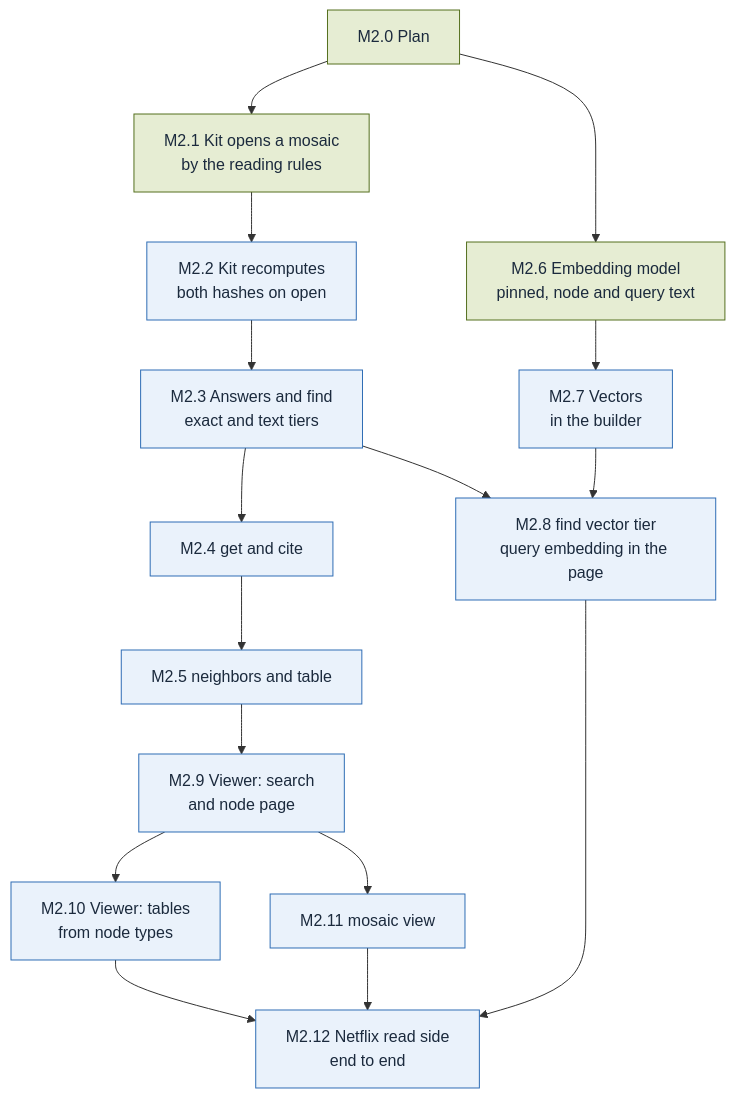
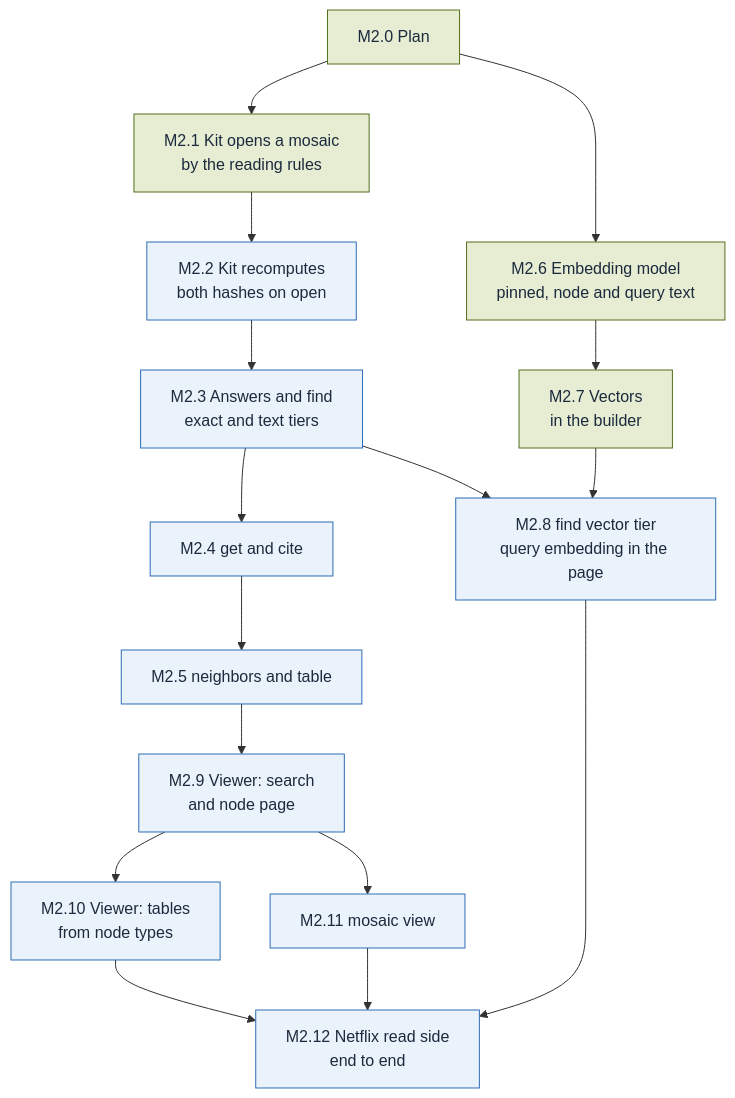
One commit to alcjor/Mosaic changed the diagram in plan/M2.md. Above: the diagram before and after it, drawn with Mermaid. The commit also changed other lines of this file and 18 other files, not shown here.

````diff
--- a/plan/M2.md
+++ b/plan/M2.md
@@ -3,36 +3,36 @@
 ```mermaid
 flowchart TD
   M2_0["M2.0 Plan"]
   M2_1["M2.1 Kit opens a mosaic<br/>by the reading rules"]
   M2_2["M2.2 Kit recomputes<br/>both hashes on open"]
   M2_3["M2.3 Answers and find<br/>exact and text tiers"]
   M2_4["M2.4 get and cite"]
   M2_5["M2.5 neighbors and table"]
   M2_6["M2.6 Embedding model<br/>pinned, node and query text"]
   M2_7["M2.7 Vectors<br/>in the builder"]
   M2_8["M2.8 find vector tier<br/>query embedding in the page"]
   M2_9["M2.9 Viewer: search<br/>and node page"]
   M2_10["M2.10 Viewer: tables<br/>from node types"]
   M2_11["M2.11 mosaic view"]
   M2_12["M2.12 Netflix read side<br/>end to end"]
   M2_0 --> M2_1
   M2_1 --> M2_2
   M2_2 --> M2_3
   M2_3 --> M2_4
   M2_4 --> M2_5
   M2_0 --> M2_6
   M2_6 --> M2_7
   M2_3 --> M2_8
   M2_7 --> M2_8
   M2_5 --> M2_9
   M2_9 --> M2_10
   M2_9 --> M2_11
   M2_8 --> M2_12
   M2_10 --> M2_12
   M2_11 --> M2_12
   classDef done fill:#E6EDD3,stroke:#55701F,color:#1B2A3D
   classDef todo fill:#EAF2FB,stroke:#2F6DB5,color:#1B2A3D
   classDef parked fill:#FCEFCF,stroke:#F2B630,color:#1B2A3D
-  class M2_0,M2_1,M2_6 done
-  class M2_2,M2_3,M2_4,M2_5,M2_7,M2_8,M2_9,M2_10,M2_11,M2_12 todo
+  class M2_0,M2_1,M2_6,M2_7 done
+  class M2_2,M2_3,M2_4,M2_5,M2_8,M2_9,M2_10,M2_11,M2_12 todo
 ```
````
